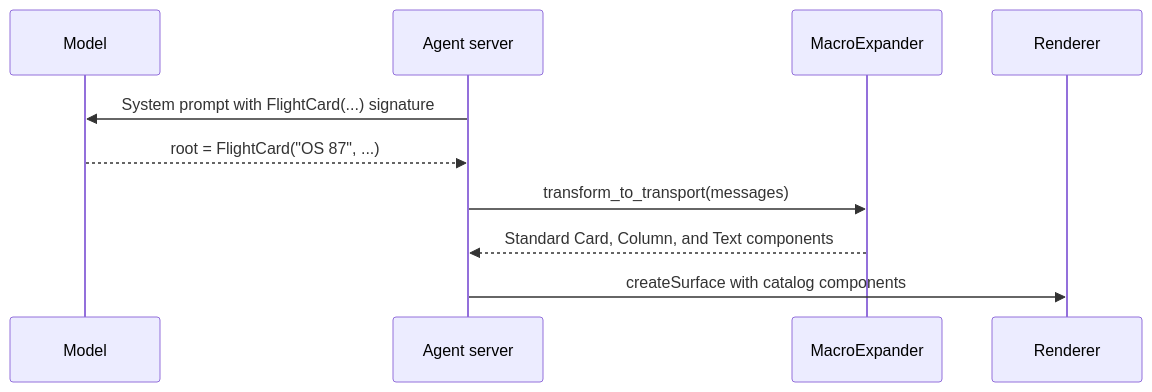
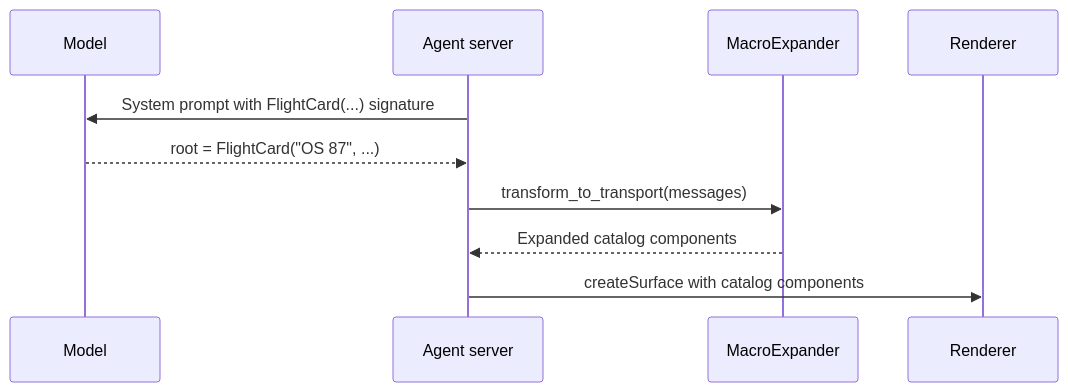
Before and after one commit to a2ui-project/a2ui: the diagram in docs/site/src/content/docs/concepts/macros.mdx, drawn with Mermaid. The commit also changed other lines of this file, not shown here.

````diff
--- a/docs/site/src/content/docs/concepts/macros.mdx
+++ b/docs/site/src/content/docs/concepts/macros.mdx
@@ -31,12 +28,12 @@
 ```mermaid
 sequenceDiagram
     participant Model
     participant Agent as Agent server
     participant Expander as MacroExpander
     participant Renderer
     Agent->>Model: System prompt with FlightCard(...) signature
     Model-->>Agent: root = FlightCard("OS 87", ...)
     Agent->>Expander: transform_to_transport(messages)
-    Expander-->>Agent: Standard Card, Column, and Text components
+    Expander-->>Agent: Expanded catalog components
     Agent->>Renderer: createSurface with catalog components
 ```
````
